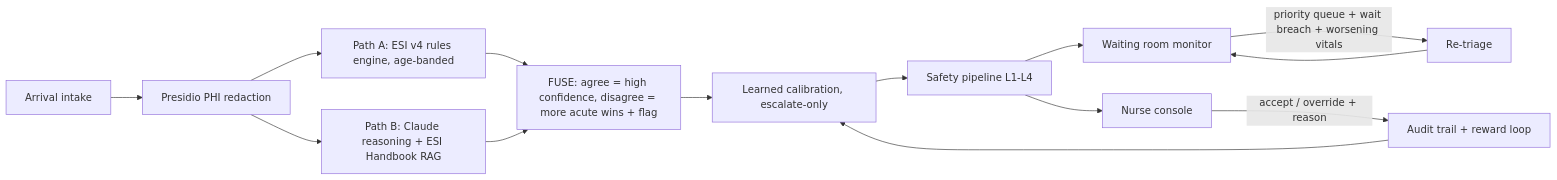
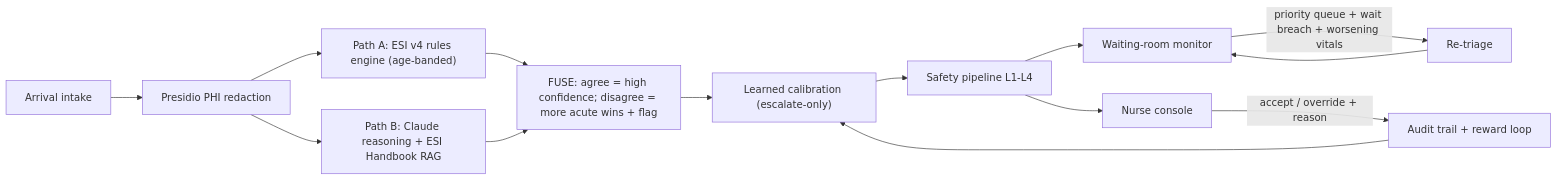
Before and after one commit to wildcraft958/patient-triage-ai: the diagram in README.md, drawn with Mermaid. The commit also changed 2 other files, not shown here.

Commit message:
LICENSE (MIT + not-a-medical-device notice), design FAQ for Round 3, mermaid label quoting

````diff
--- a/README.md
+++ b/README.md
@@ -86,16 +86,16 @@
 ```mermaid
 flowchart LR
-    A[Arrival intake] --> R[Presidio PHI redaction]
-    R --> PA[Path A: ESI v4 rules engine, age-banded]
-    R --> PB[Path B: Claude reasoning + ESI Handbook RAG]
-    PA --> F[FUSE: agree = high confidence, disagree = more acute wins + flag]
+    A["Arrival intake"] --> R["Presidio PHI redaction"]
+    R --> PA["Path A: ESI v4 rules engine (age-banded)"]
+    R --> PB["Path B: Claude reasoning + ESI Handbook RAG"]
+    PA --> F["FUSE: agree = high confidence; disagree = more acute wins + flag"]
     PB --> F
-    F --> CAL[Learned calibration, escalate-only]
-    CAL --> S[Safety pipeline L1-L4]
-    S --> Q[Waiting room monitor]
-    Q -->|priority queue + wait breach + worsening vitals| RT[Re-triage]
+    F --> CAL["Learned calibration (escalate-only)"]
+    CAL --> S["Safety pipeline L1-L4"]
+    S --> Q["Waiting-room monitor"]
+    Q -->|"priority queue + wait breach + worsening vitals"| RT["Re-triage"]
     RT --> Q
-    S --> N[Nurse console]
-    N -->|accept / override + reason| L[Audit trail + reward loop]
+    S --> N["Nurse console"]
+    N -->|"accept / override + reason"| L["Audit trail + reward loop"]
     L --> CAL
 ```
````
